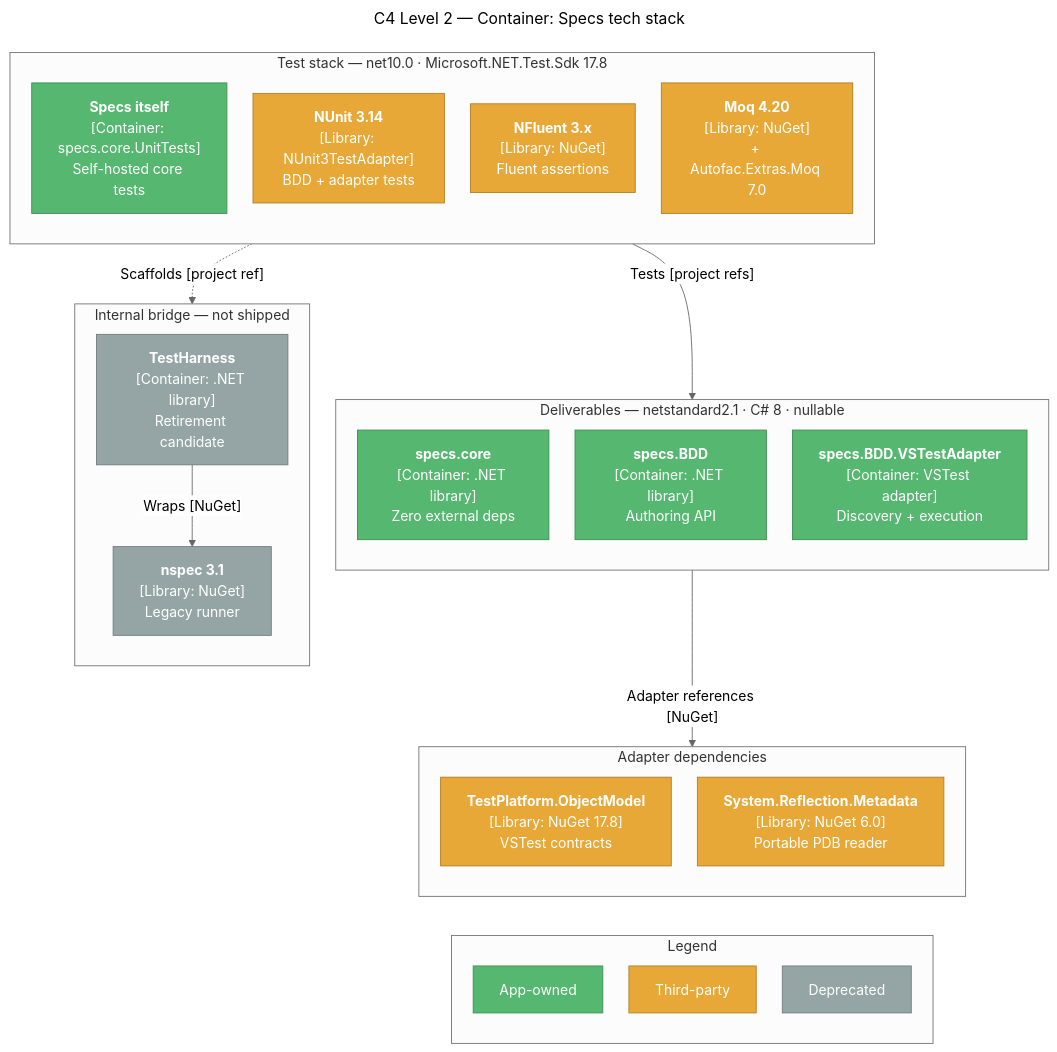
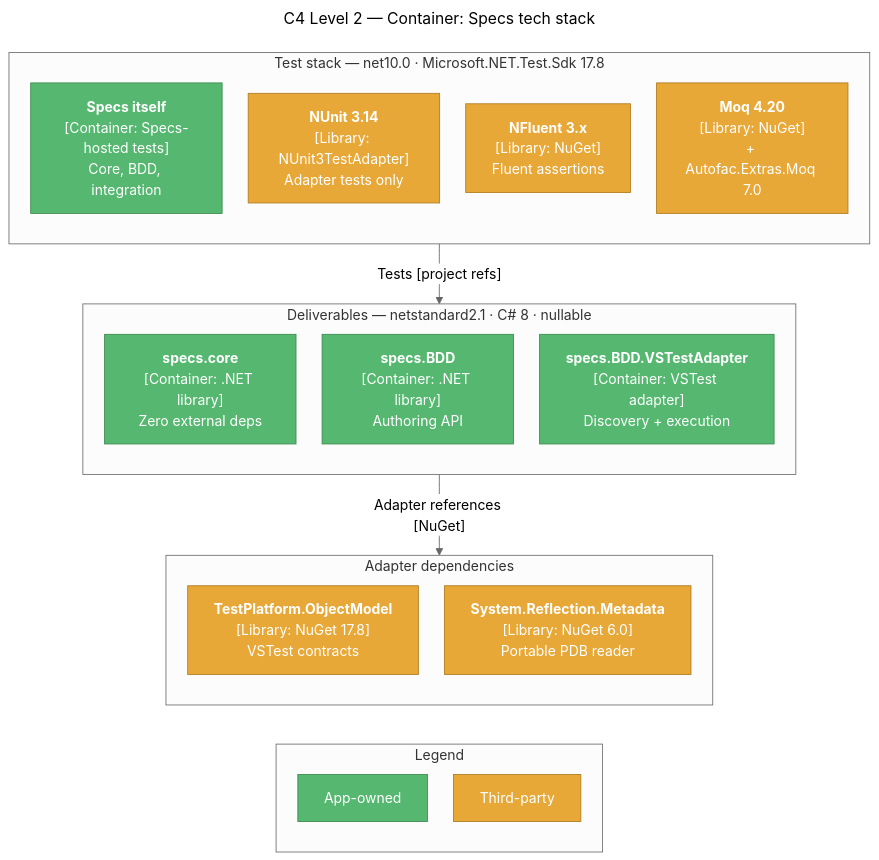
Before and after one commit to yozepi/Specs: the first of 2 diagrams in memory-bank/techContext.md, drawn with Mermaid. The commit also changed other lines of this file and 60 other files, not shown here.

First line of the commit message:
Split src/tests and self-host BDD unit tests

````diff
--- a/memory-bank/techContext.md
+++ b/memory-bank/techContext.md
@@ -5,51 +5,41 @@
 ```mermaid
 ---
 title: "C4 Level 2 — Container: Specs tech stack"
 ---
 %%{init: {'theme': 'neutral', 'flowchart': {'nodeSpacing': 30, 'rankSpacing': 45, 'wrappingWidth': 160}}}%%
 flowchart TD
     subgraph TEST["Test stack — net10.0 · Microsoft.NET.Test.Sdk 17.8"]
         direction TB
-        SELF["<b>Specs itself</b><br/>[Container: specs.core.UnitTests]<br/>Self-hosted core tests"]:::app
-        NU["<b>NUnit 3.14</b><br/>[Library: NUnit3TestAdapter]<br/>BDD + adapter tests"]:::external
+        SELF["<b>Specs itself</b><br/>[Container: Specs-hosted tests]<br/>Core, BDD, integration"]:::app
+        NU["<b>NUnit 3.14</b><br/>[Library: NUnit3TestAdapter]<br/>Adapter tests only"]:::external
         NF["<b>NFluent 3.x</b><br/>[Library: NuGet]<br/>Fluent assertions"]:::external
         MQ["<b>Moq 4.20</b><br/>[Library: NuGet]<br/>+ Autofac.Extras.Moq 7.0"]:::external
     end
 
     subgraph DEL["Deliverables — netstandard2.1 · C# 8 · nullable"]
         direction TB
         CORE["<b>specs.core</b><br/>[Container: .NET library]<br/>Zero external deps"]:::app
         BDD["<b>specs.BDD</b><br/>[Container: .NET library]<br/>Authoring API"]:::app
         ADP["<b>specs.BDD.VSTestAdapter</b><br/>[Container: VSTest adapter]<br/>Discovery + execution"]:::app
     end
 
-    subgraph LEG["Internal bridge — not shipped"]
-        direction TB
-        TH["<b>TestHarness</b><br/>[Container: .NET library]<br/>Retirement candidate"]:::deprecated
-        NSPEC["<b>nspec 3.1</b><br/>[Library: NuGet]<br/>Legacy runner"]:::deprecated
-        TH -->|"Wraps [NuGet]"| NSPEC
-    end
-
     subgraph ADEPS["Adapter dependencies"]
         direction TB
         MTP["<b>TestPlatform.ObjectModel</b><br/>[Library: NuGet 17.8]<br/>VSTest contracts"]:::external
         SRM["<b>System.Reflection.Metadata</b><br/>[Library: NuGet 6.0]<br/>Portable PDB reader"]:::external
     end
 
     TEST -->|"Tests [project refs]"| DEL
-    TEST -.->|"Scaffolds [project ref]"| LEG
     DEL -->|"Adapter references [NuGet]"| ADEPS
 
     subgraph LEGEND["Legend"]
         direction TB
         L1["App-owned"]:::app
         L2["Third-party"]:::external
-        L3["Deprecated"]:::deprecated
     end
 
     ADEPS ~~~ LEGEND
 
     classDef app fill:#56B870,stroke:#3D8B50,color:#fff
     classDef external fill:#E8A838,stroke:#B07D20,color:#fff
-    classDef deprecated fill:#95A5A6,stroke:#707B7C,color:#fff
 ```
````
